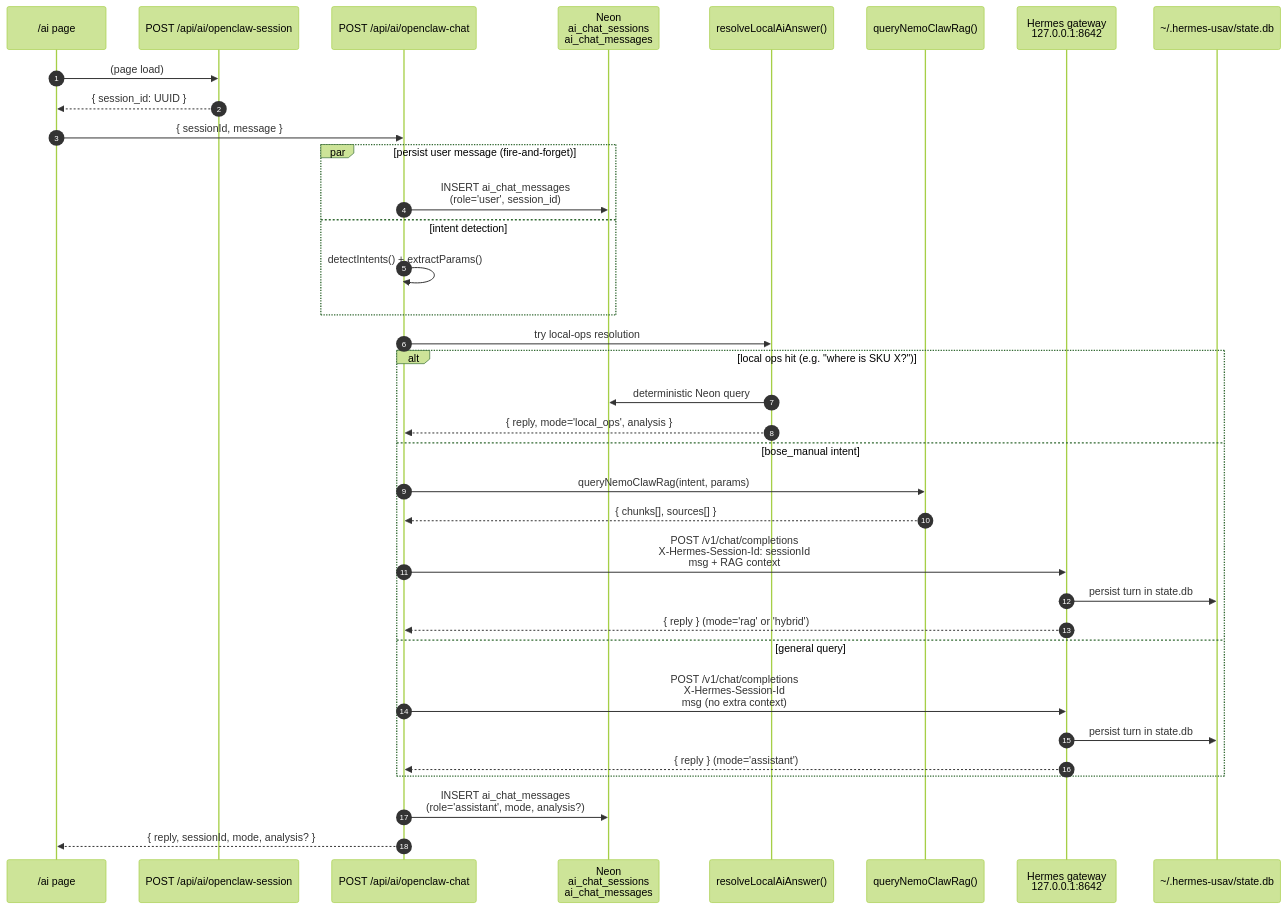
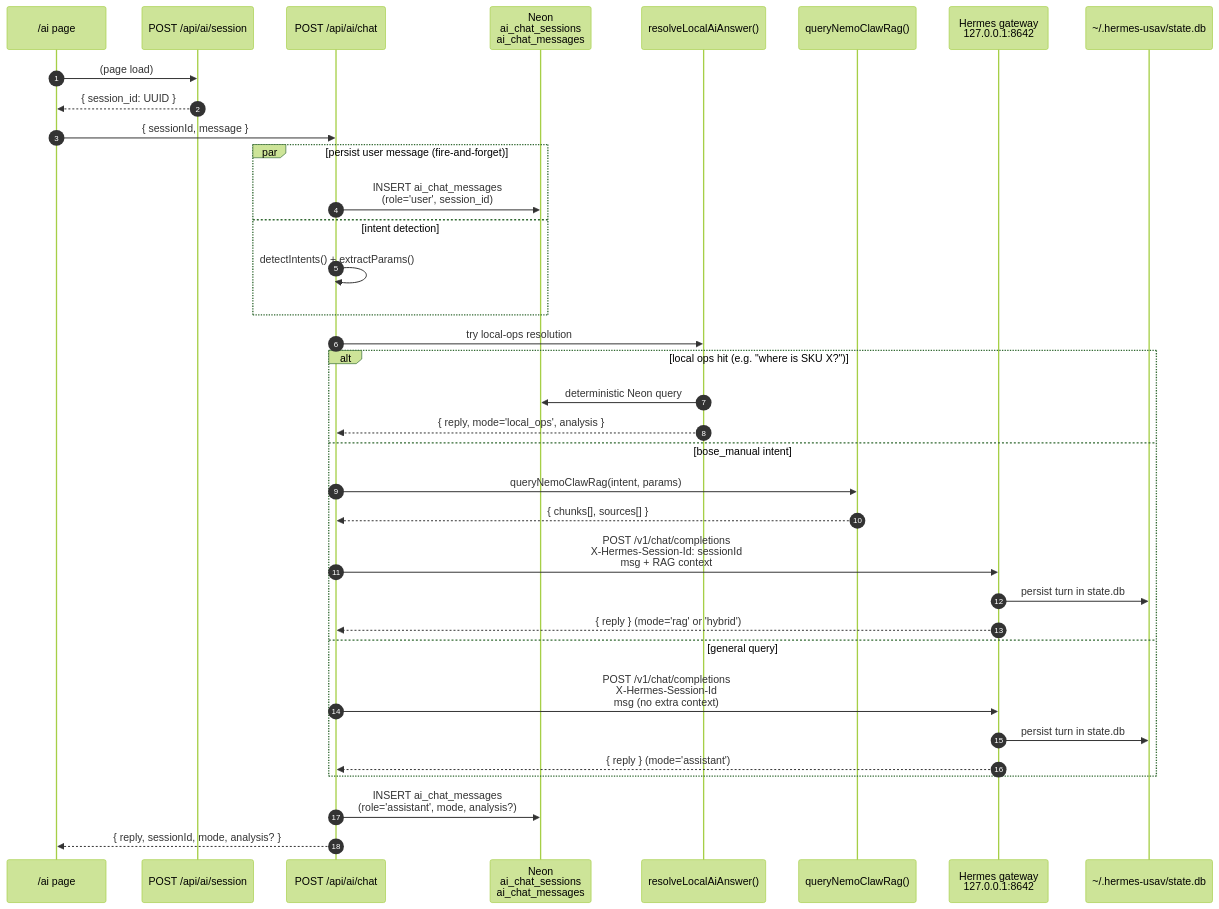
Before and after one commit to usavsolutionsinc/USAV-Orders-Backend: the first of 3 diagrams in docs/diagrams/09-ai-chat-flow.md, drawn with Mermaid (forest theme). The commit also changed other lines of this file and 111 other files, not shown here.

Commit message:
FBA ai chat and recieving and testing updates to UI and flow - simpler and more robust

````diff
--- a/docs/diagrams/09-ai-chat-flow.md
+++ b/docs/diagrams/09-ai-chat-flow.md
@@ -7,42 +7,42 @@
 ```mermaid
 sequenceDiagram
     autonumber
     participant U as /ai page
-    participant S as POST /api/ai/openclaw-session
-    participant C as POST /api/ai/openclaw-chat
+    participant S as POST /api/ai/session
+    participant C as POST /api/ai/chat
     participant DB as Neon<br/>ai_chat_sessions<br/>ai_chat_messages
     participant LO as resolveLocalAiAnswer()
     participant RAG as queryNemoClawRag()
     participant HG as Hermes gateway<br/>127.0.0.1:8642
     participant HDB as ~/.hermes-usav/state.db
 
     U->>S: (page load)
     S-->>U: { session_id: UUID }
 
     U->>C: { sessionId, message }
 
     par persist user message (fire-and-forget)
         C->>DB: INSERT ai_chat_messages<br/>(role='user', session_id)
     and intent detection
         C->>C: detectIntents() + extractParams()
     end
 
     C->>LO: try local-ops resolution
     alt local ops hit (e.g. "where is SKU X?")
         LO->>DB: deterministic Neon query
         LO-->>C: { reply, mode='local_ops', analysis }
     else bose_manual intent
         C->>RAG: queryNemoClawRag(intent, params)
         RAG-->>C: { chunks[], sources[] }
         C->>HG: POST /v1/chat/completions<br/>X-Hermes-Session-Id: sessionId<br/>msg + RAG context
         HG->>HDB: persist turn in state.db
         HG-->>C: { reply } (mode='rag' or 'hybrid')
     else general query
         C->>HG: POST /v1/chat/completions<br/>X-Hermes-Session-Id<br/>msg (no extra context)
         HG->>HDB: persist turn in state.db
         HG-->>C: { reply } (mode='assistant')
     end
 
     C->>DB: INSERT ai_chat_messages<br/>(role='assistant', mode, analysis?)
     C-->>U: { reply, sessionId, mode, analysis? }
 ```
````
